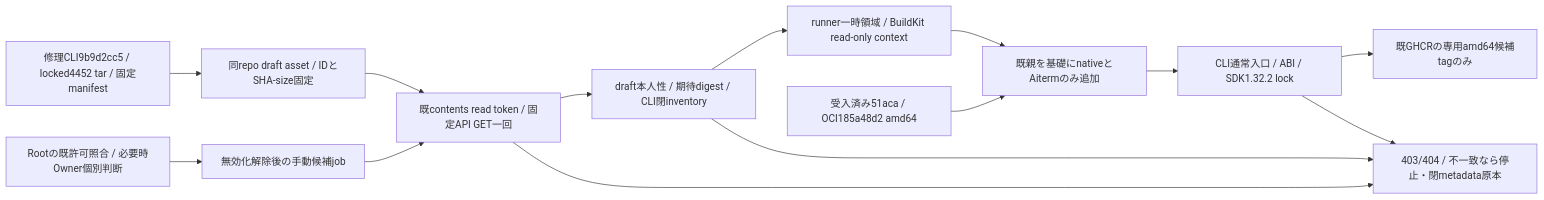
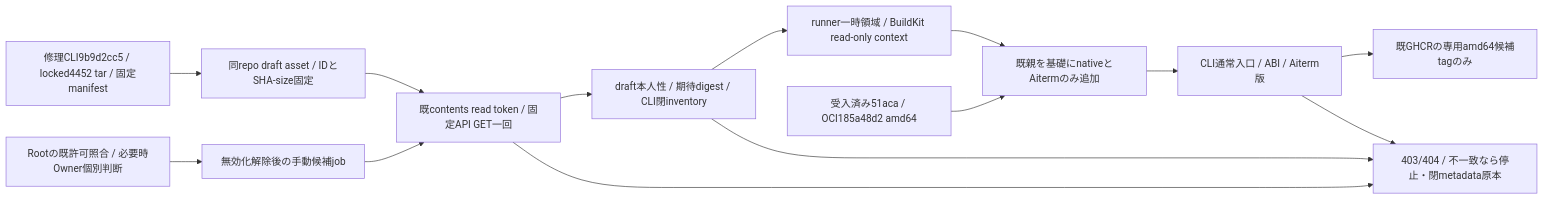
Before and after one commit to kitepon/BellTeam: the first of 2 diagrams in docs/architecture/modules/distribution/m-native-parent.md, drawn with Mermaid. The commit also changed other lines of this file and 6 other files, not shown here.

````diff
--- a/docs/architecture/modules/distribution/m-native-parent.md
+++ b/docs/architecture/modules/distribution/m-native-parent.md
@@ -5,16 +5,16 @@
 ```mermaid
 flowchart LR
   Supplier[修理CLI9b9d2cc5 / locked4452 tar / 固定manifest] --> Draft[同repo draft asset / IDとSHA-size固定]
   Root[Rootの既許可照合 / 必要時Owner個別判断] --> Manual[無効化解除後の手動候補job]
   Draft --> Fetch[既contents read token / 固定API GET一回]
   Manual --> Fetch
   Fetch --> Verify[draft本人性 / 期待digest / CLI閉inventory]
   Verify --> Mount[runner一時領域 / BuildKit read-only context]
   Base[受入済み51aca / OCI185a48d2 amd64] --> Build[既親を基礎にnativeとAitermのみ追加]
   Mount --> Build
-  Build --> Check[CLI通常入口 / ABI / SDK1.32.2 lock]
+  Build --> Check[CLI通常入口 / ABI / Aiterm版]
   Check --> OCI[既GHCRの専用amd64候補tagのみ]
   Fetch --> Stop[403/404 / 不一致なら停止・閉metadata原本]
   Verify --> Stop
   Check --> Stop
 ```
````
